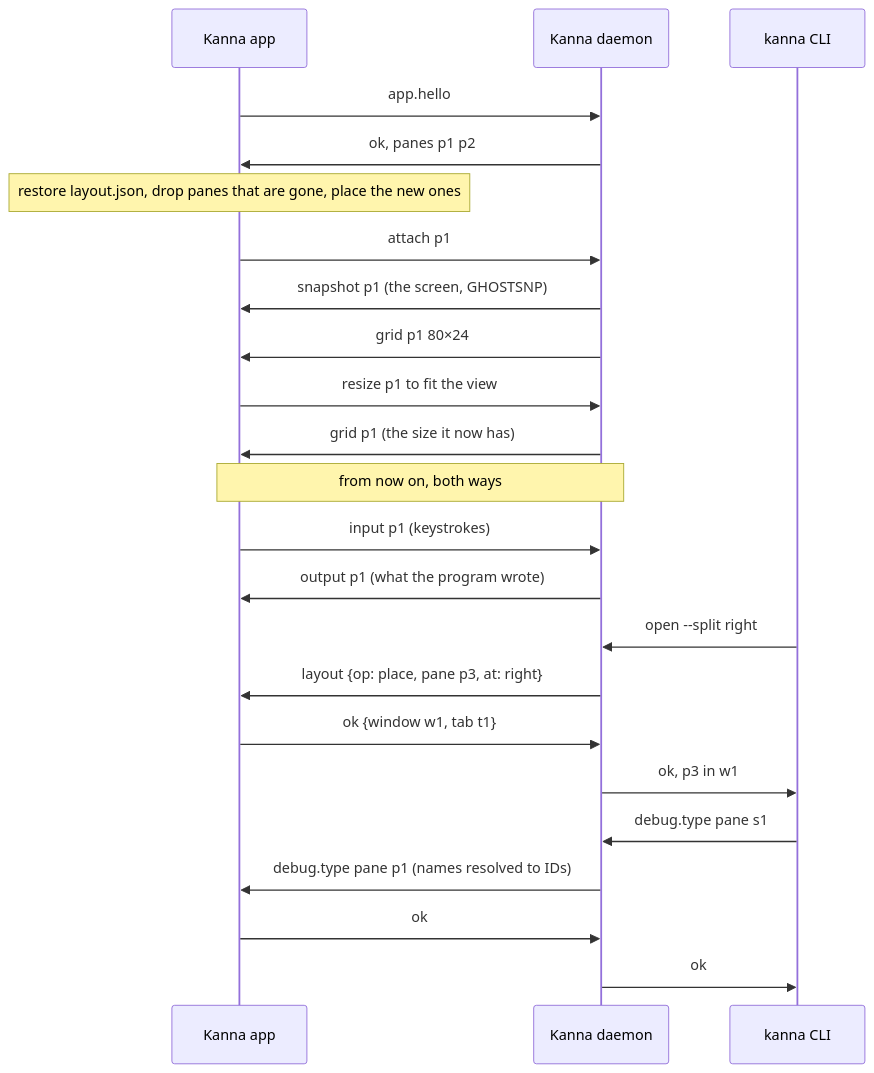
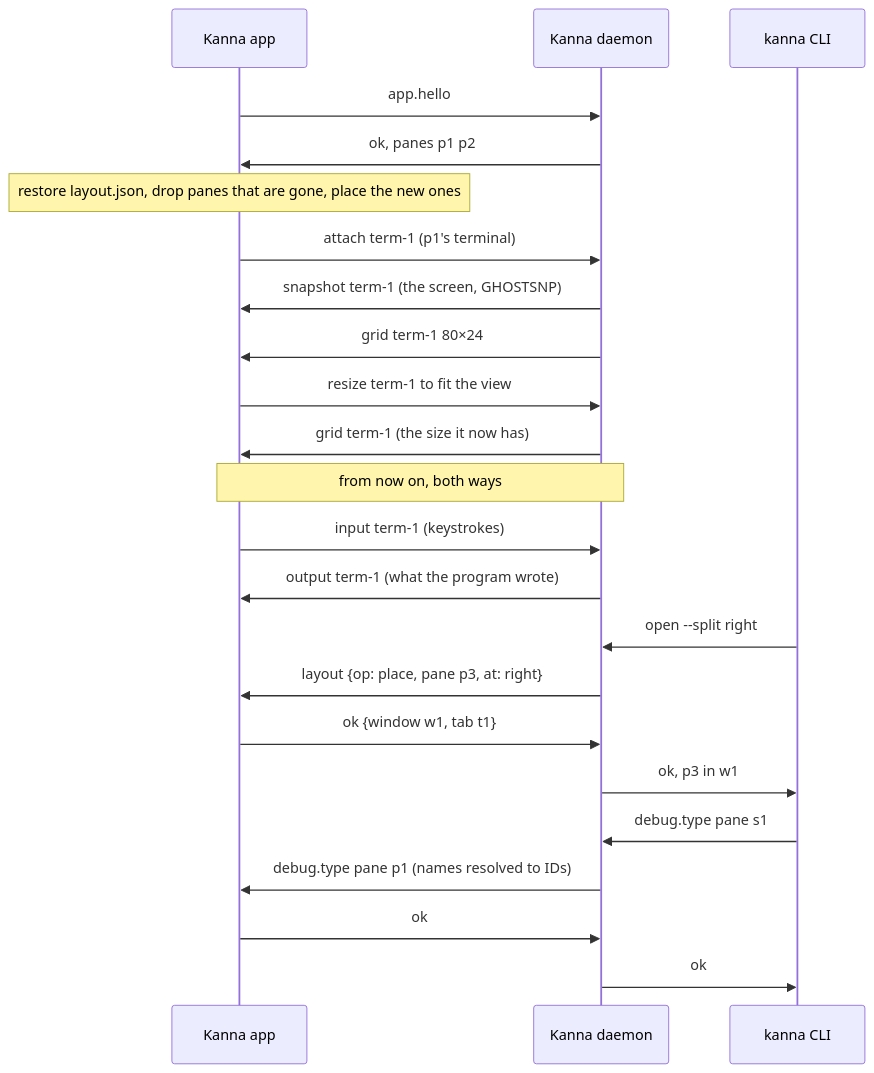
Before and after one commit to tampopogk/kanna: the diagram in docs/specs/app-link.md, drawn with Mermaid. The commit also changed other lines of this file and 31 other files, not shown here.

Commit message:
Terminals have IDs of their own: every start makes a new term-N, the daemon keys screens, status and the app link by it, KANNA_TERMINAL replaces KANNA_PANE, and the app makes a new surface when a pane's terminal changes

````diff
--- a/docs/specs/app-link.md
+++ b/docs/specs/app-link.md
@@ -23,25 +23,25 @@
 ```mermaid
 sequenceDiagram
     participant A as Kanna app
     participant D as Kanna daemon
     participant C as kanna CLI
     A->>D: app.hello
     D->>A: ok, panes p1 p2
     Note over A: restore layout.json, drop panes that are gone, place the new ones
-    A->>D: attach p1
-    D->>A: snapshot p1 (the screen, GHOSTSNP)
-    D->>A: grid p1 80×24
-    A->>D: resize p1 to fit the view
-    D->>A: grid p1 (the size it now has)
+    A->>D: attach term-1 (p1's terminal)
+    D->>A: snapshot term-1 (the screen, GHOSTSNP)
+    D->>A: grid term-1 80×24
+    A->>D: resize term-1 to fit the view
+    D->>A: grid term-1 (the size it now has)
     Note over A,D: from now on, both ways
-    A->>D: input p1 (keystrokes)
-    D->>A: output p1 (what the program wrote)
+    A->>D: input term-1 (keystrokes)
+    D->>A: output term-1 (what the program wrote)
     C->>D: open --split right
     D->>A: layout {op: place, pane p3, at: right}
     A->>D: ok {window w1, tab t1}
     D->>C: ok, p3 in w1
     C->>D: debug.type pane s1
     D->>A: debug.type pane p1 (names resolved to IDs)
     A->>D: ok
     D->>C: ok
 ```
````
